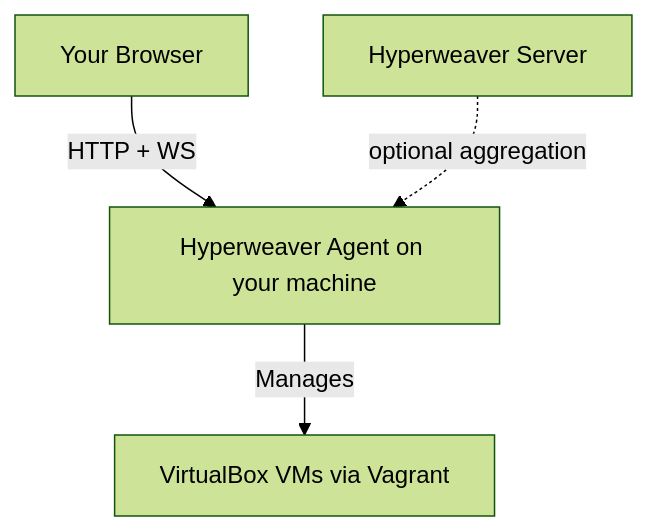
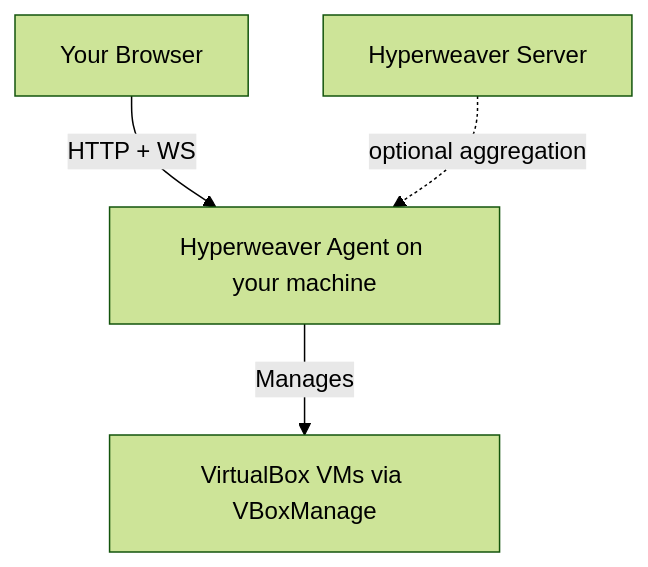
The diagram in README.md (Makr91/hyperweaver-agent), drawn with Mermaid (forest theme) before and after one commit. The commit also changed other lines of this file and 20 other files, not shown here.

````diff
--- a/README.md
+++ b/README.md
@@ -112,6 +118,6 @@
 ```mermaid
 graph TD
     A[Your Browser] -- HTTP + WS --> B[Hyperweaver Agent on your machine];
-    B -- Manages --> C[VirtualBox VMs via Vagrant];
+    B -- Manages --> C[VirtualBox VMs via VBoxManage];
     D[Hyperweaver Server] -. optional aggregation .-> B;
 ```
````
